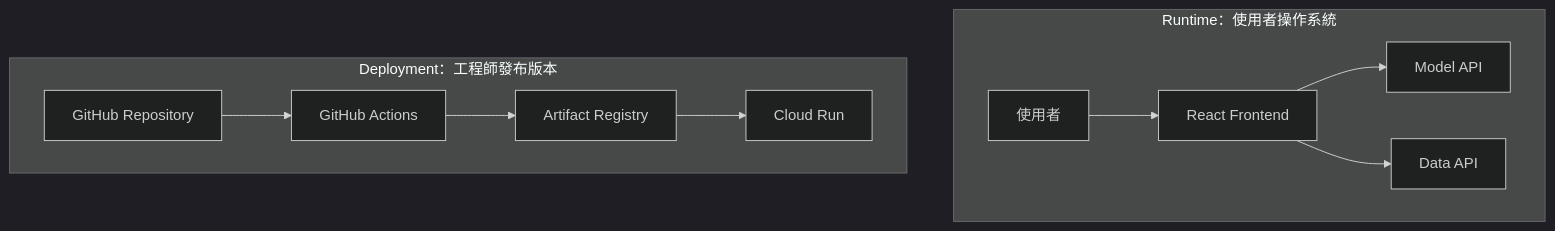
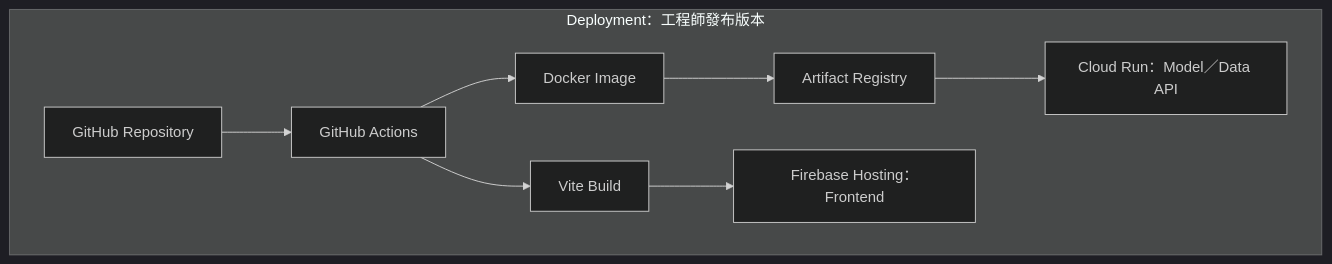
The diagram in docs/01_ai_asst_deployment_overview.md (CaoCharles/ai-deploy-docs), drawn with Mermaid (dark theme) before and after one commit. The commit also changed other lines of this file and 30 other files, not shown here.

````diff
--- a/docs/01_ai_asst_deployment_overview.md
+++ b/docs/01_ai_asst_deployment_overview.md
@@ -48,14 +69,11 @@
 ```mermaid
 flowchart TB
-    subgraph runtime["Runtime：使用者操作系統"]
-        User["使用者"] --> Frontend["React Frontend"]
-        Frontend --> Model["Model API"]
-        Frontend --> Data["Data API"]
-    end
-
     subgraph deploy["Deployment：工程師發布版本"]
         GitHub["GitHub Repository"] --> Actions["GitHub Actions"]
-        Actions --> Registry["Artifact Registry"]
-        Registry --> Run["Cloud Run"]
+        Actions --> Image["Docker Image"]
+        Image --> Registry["Artifact Registry"]
+        Registry --> Run["Cloud Run：Model／Data API"]
+        Actions --> Static["Vite Build"]
+        Static --> Hosting["Firebase Hosting：Frontend"]
     end
 ```
````
